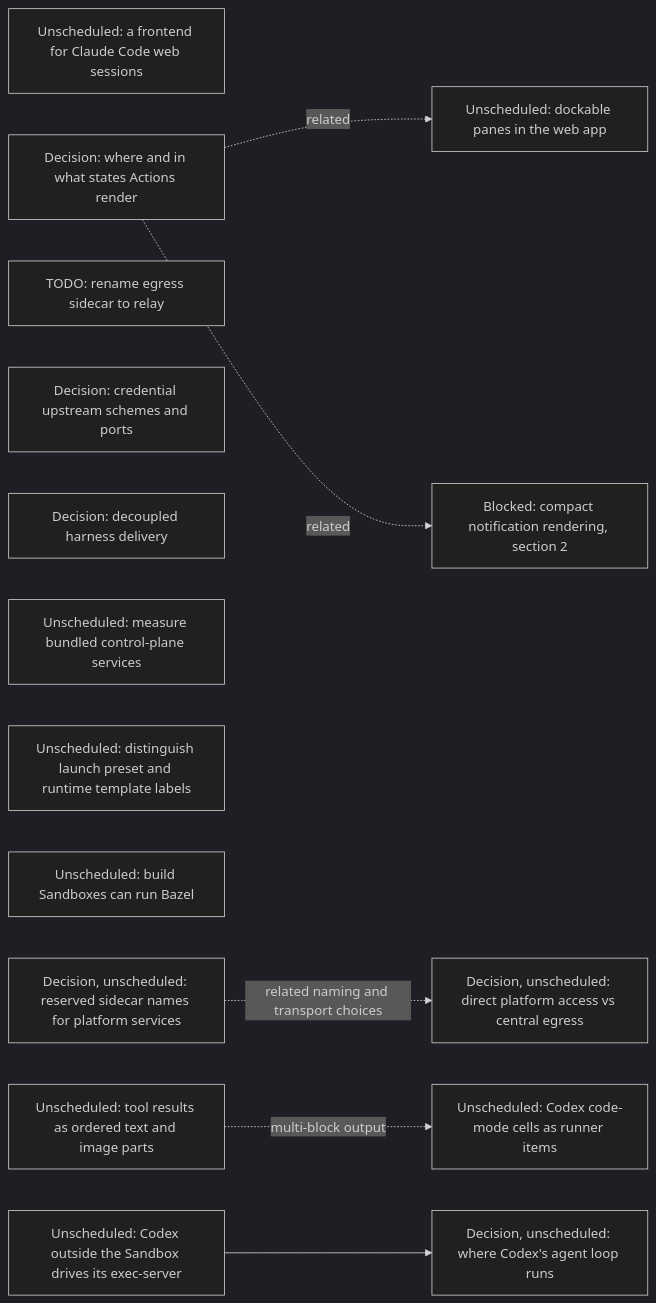
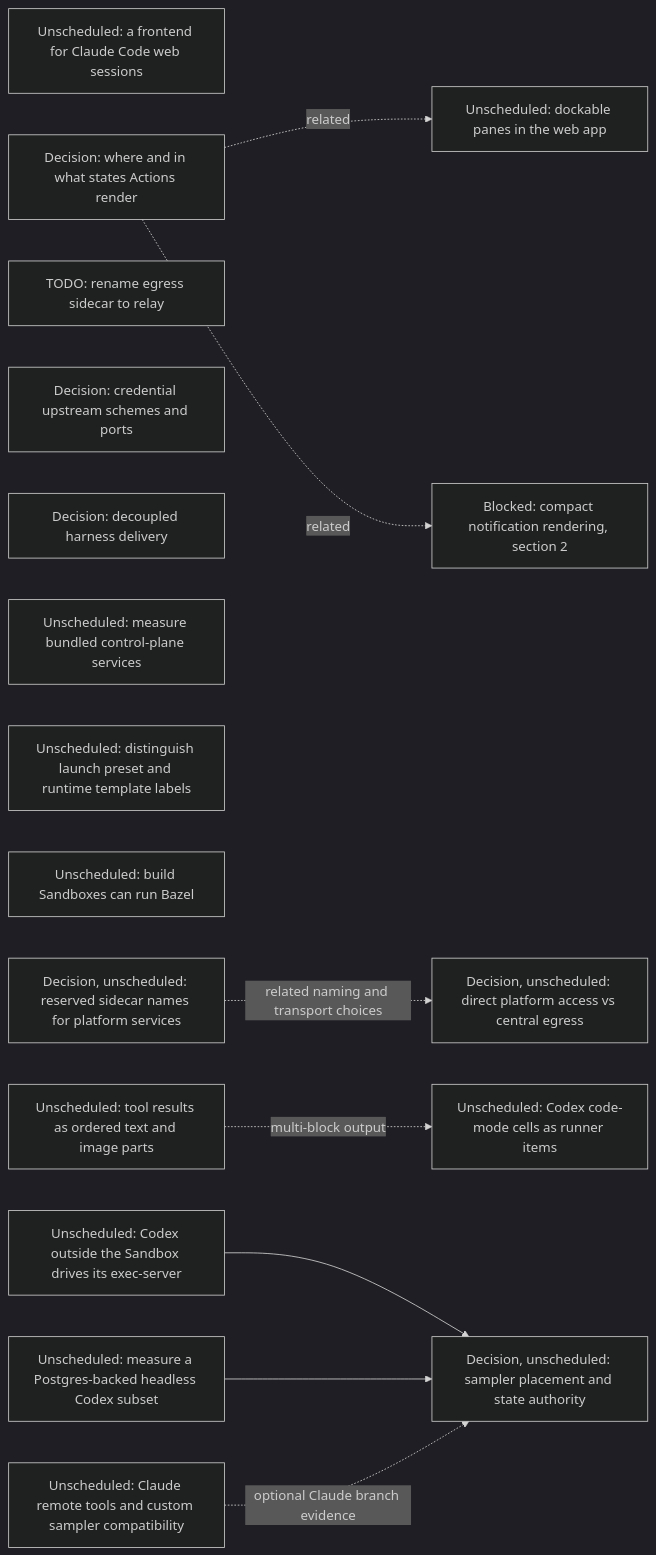
The eighth of 19 diagrams in agentplane/plans/task_dag.md (agentydragon-agent/ducktape), drawn with Mermaid (dark theme) before and after one commit. The commit also changed other lines of this file and 3 other files, not shown here.

Commit message:
agentplane: record central sampler and Claude execution research

````diff
--- a/agentplane/plans/task_dag.md
+++ b/agentplane/plans/task_dag.md
@@ -589,22 +589,26 @@
 ```mermaid
 flowchart LR
     CLAUDE_CODE_WEB_BRIDGE[Unscheduled: a frontend for Claude Code web sessions]
     ACTION_SURFACES_DESIGN[Decision: where and in what states Actions render]
     EGRESS_RELAY_RENAME[TODO: rename egress sidecar to relay]
     EGRESS_CREDENTIAL_TRANSPORT_DESIGN[Decision: credential upstream schemes and ports]
     RUNNER_HARNESS_DELIVERY_DESIGN[Decision: decoupled harness delivery]
     K3S_BUNDLED_SERVICES_SPIKE[Unscheduled: measure bundled control-plane services]
     DOCKABLE_PANES[Unscheduled: dockable panes in the web app]
     ACTION_SURFACES_DESIGN -. related .-> DOCKABLE_PANES
     NOTIFICATION_PRESENTATION[Blocked: compact notification rendering, section 2]
     ACTION_SURFACES_DESIGN -. related .-> NOTIFICATION_PRESENTATION
     SANDBOX_FORM_TERMINOLOGY[Unscheduled: distinguish launch preset and runtime template labels]
     BUILD_BOX_BAZEL[Unscheduled: build Sandboxes can run Bazel]
     PLATFORM_SERVICE_NAMES_DESIGN[Decision, unscheduled: reserved sidecar names for platform services]
     PLATFORM_SERVICE_ROUTING_DESIGN[Decision, unscheduled: direct platform access vs central egress]
     PLATFORM_SERVICE_NAMES_DESIGN -. related naming and transport choices .-> PLATFORM_SERVICE_ROUTING_DESIGN
     STRUCTURED_TOOL_OUTPUT[Unscheduled: tool results as ordered text and image parts]
     STRUCTURED_TOOL_OUTPUT -. multi-block output .-> CODEX_CODE_MODE_CELLS[Unscheduled: Codex code-mode cells as runner items]
     CENTRAL_CODEX_SPIKE[Unscheduled: Codex outside the Sandbox drives its exec-server]
-    CENTRAL_CODEX_SPIKE --> HARNESS_PLACEMENT_DESIGN[Decision, unscheduled: where Codex's agent loop runs]
+    CENTRAL_CODEX_SPIKE --> HARNESS_PLACEMENT_DESIGN[Decision, unscheduled: sampler placement and state authority]
+    POSTGRES_HARNESS_SPIKE[Unscheduled: measure a Postgres-backed headless Codex subset]
+    POSTGRES_HARNESS_SPIKE --> HARNESS_PLACEMENT_DESIGN
+    CLAUDE_REMOTE_EXECUTION_SPIKE[Unscheduled: Claude remote tools and custom sampler compatibility]
+    CLAUDE_REMOTE_EXECUTION_SPIKE -. optional Claude branch evidence .-> HARNESS_PLACEMENT_DESIGN
 ```
````
